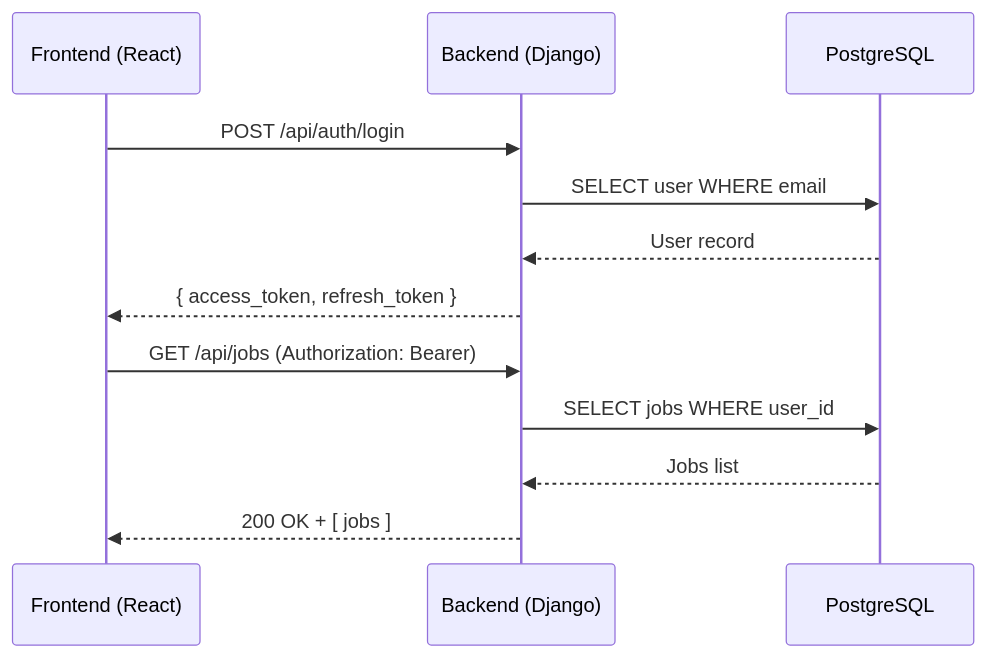
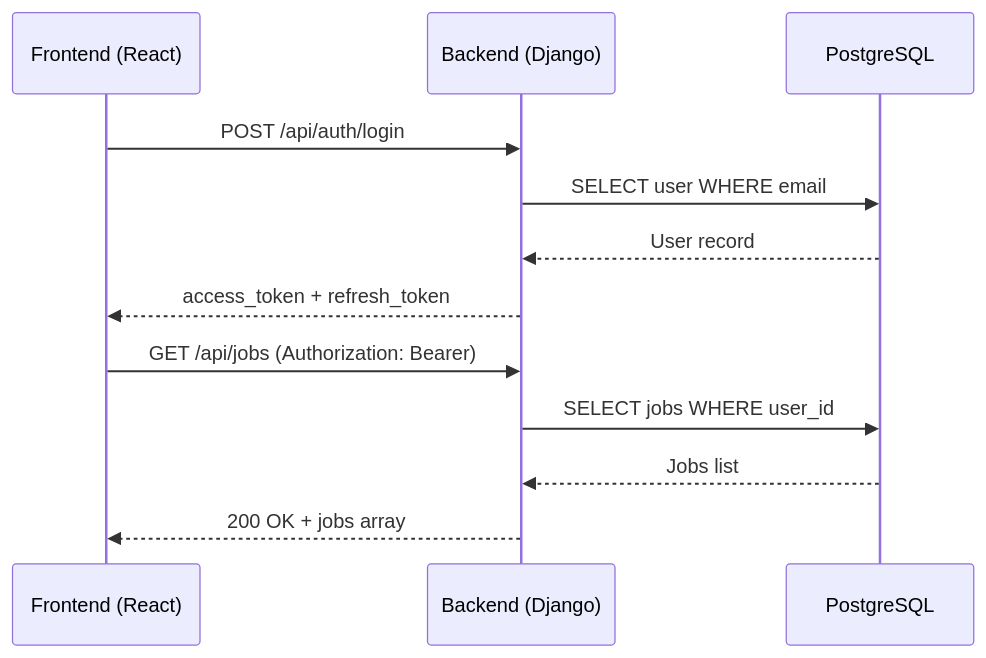
One commit to sridharSTR/smart-job-tracker changed the fourth of 5 diagrams in README.md. Above: the diagram before and after it, drawn with Mermaid. The commit also changed other lines of this file, not shown here.

````diff
--- a/README.md
+++ b/README.md
@@ -317,16 +315,16 @@
 ```mermaid
 sequenceDiagram
-    participant 🖥️ as Frontend (React)
-    participant ⚙️ as Backend (Django)
-    participant 🗄️ as PostgreSQL
+    participant FE as Frontend (React)
+    participant BE as Backend (Django)
+    participant DB as PostgreSQL
 
-    🖥️->>⚙️: POST /api/auth/login
-    ⚙️->>🗄️: SELECT user WHERE email
-    🗄️-->>⚙️: User record
-    ⚙️-->>🖥️: { access_token, refresh_token }
+    FE->>BE: POST /api/auth/login
+    BE->>DB: SELECT user WHERE email
+    DB-->>BE: User record
+    BE-->>FE: access_token + refresh_token
 
-    🖥️->>⚙️: GET /api/jobs (Authorization: Bearer)
-    ⚙️->>🗄️: SELECT jobs WHERE user_id
-    🗄️-->>⚙️: Jobs list
-    ⚙️-->>🖥️: 200 OK + [ jobs ]
+    FE->>BE: GET /api/jobs (Authorization: Bearer)
+    BE->>DB: SELECT jobs WHERE user_id
+    DB-->>BE: Jobs list
+    BE-->>FE: 200 OK + jobs array
 ```
````
